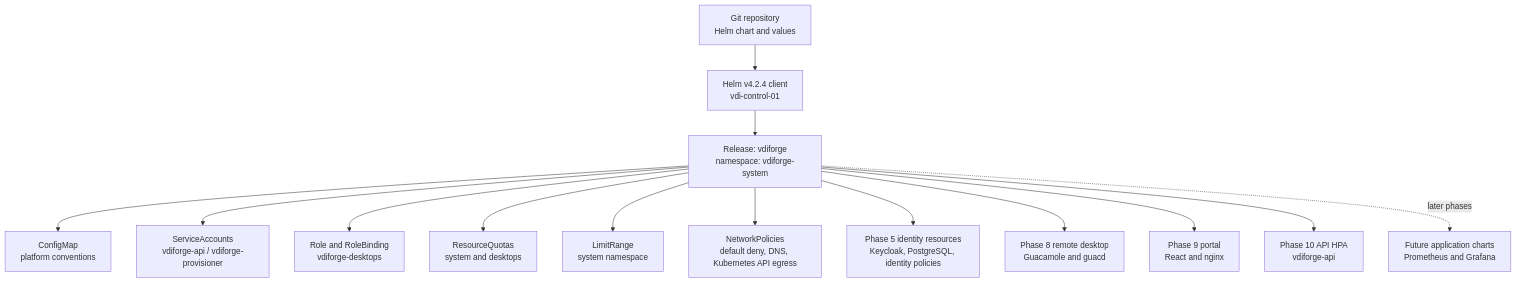
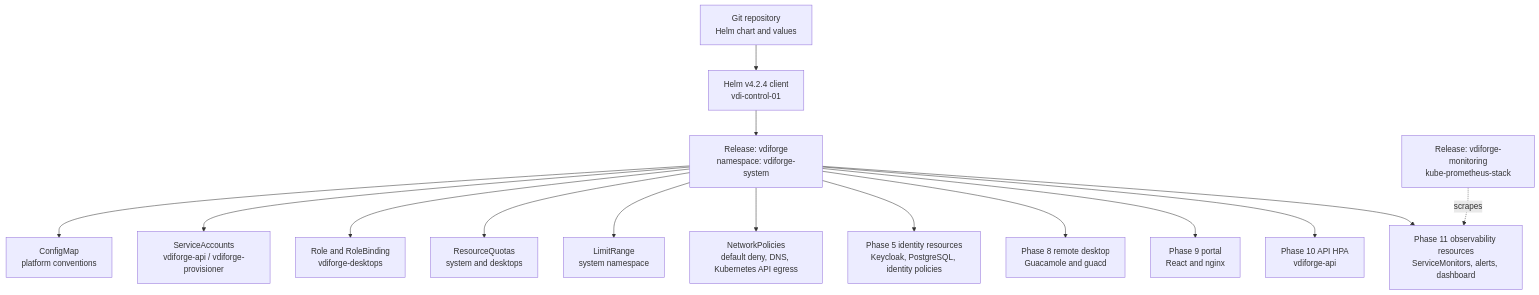
One commit to happelj/VDIForge changed the fifth of 14 diagrams in docs/ARCHITECTURE.md. Above: the diagram before and after it, drawn with Mermaid. The commit also changed other lines of this file and 56 other files, not shown here.

Commit message:
feat: add Prometheus and Grafana observability

````diff
--- a/docs/ARCHITECTURE.md
+++ b/docs/ARCHITECTURE.md
@@ -154,31 +157,33 @@
 ```mermaid
 flowchart TB
   Git[Git repository<br/>Helm chart and values]
   Helm[Helm v4.2.4 client<br/>vdi-control-01]
   Release[Release: vdiforge<br/>namespace: vdiforge-system]
   CM[ConfigMap<br/>platform conventions]
   SA[ServiceAccounts<br/>vdiforge-api / vdiforge-provisioner]
   RBAC[Role and RoleBinding<br/>vdiforge-desktops]
   Quota[ResourceQuotas<br/>system and desktops]
   Limit[LimitRange<br/>system namespace]
   NP[NetworkPolicies<br/>default deny, DNS, Kubernetes API egress]
   Identity[Phase 5 identity resources<br/>Keycloak, PostgreSQL, identity policies]
   Remote[Phase 8 remote desktop<br/>Guacamole and guacd]
   Portal[Phase 9 portal<br/>React and nginx]
   HPA[Phase 10 API HPA<br/>vdiforge-api]
-  Future[Future application charts<br/>Prometheus and Grafana]
+  Observability[Phase 11 observability resources<br/>ServiceMonitors, alerts, dashboard]
+  Monitoring[Release: vdiforge-monitoring<br/>kube-prometheus-stack]
 
   Git --> Helm
   Helm --> Release
   Release --> CM
   Release --> SA
   Release --> RBAC
   Release --> Quota
   Release --> Limit
   Release --> NP
   Release --> Identity
   Release --> Remote
   Release --> Portal
   Release --> HPA
-  Release -. later phases .-> Future
+  Release --> Observability
+  Monitoring -. scrapes .-> Observability
 ```
````
